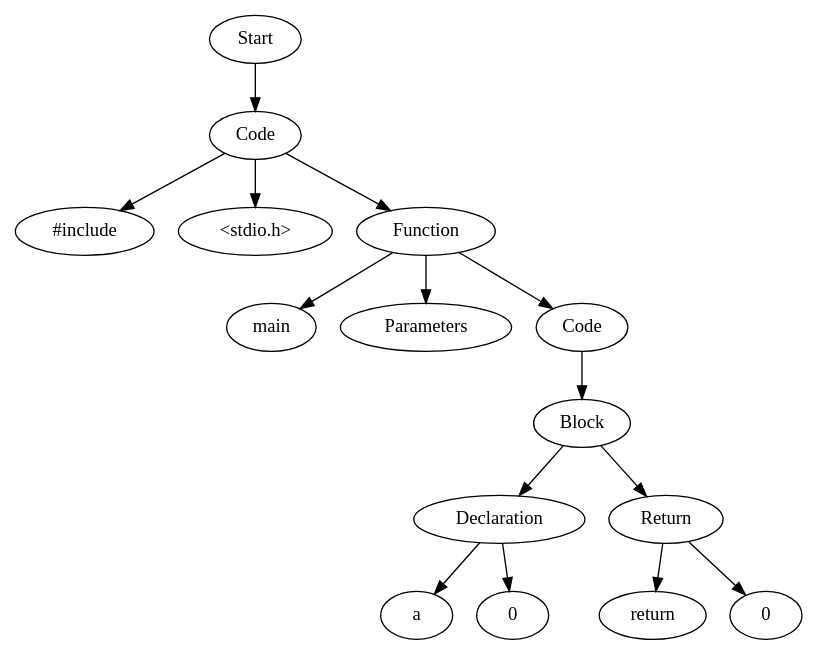
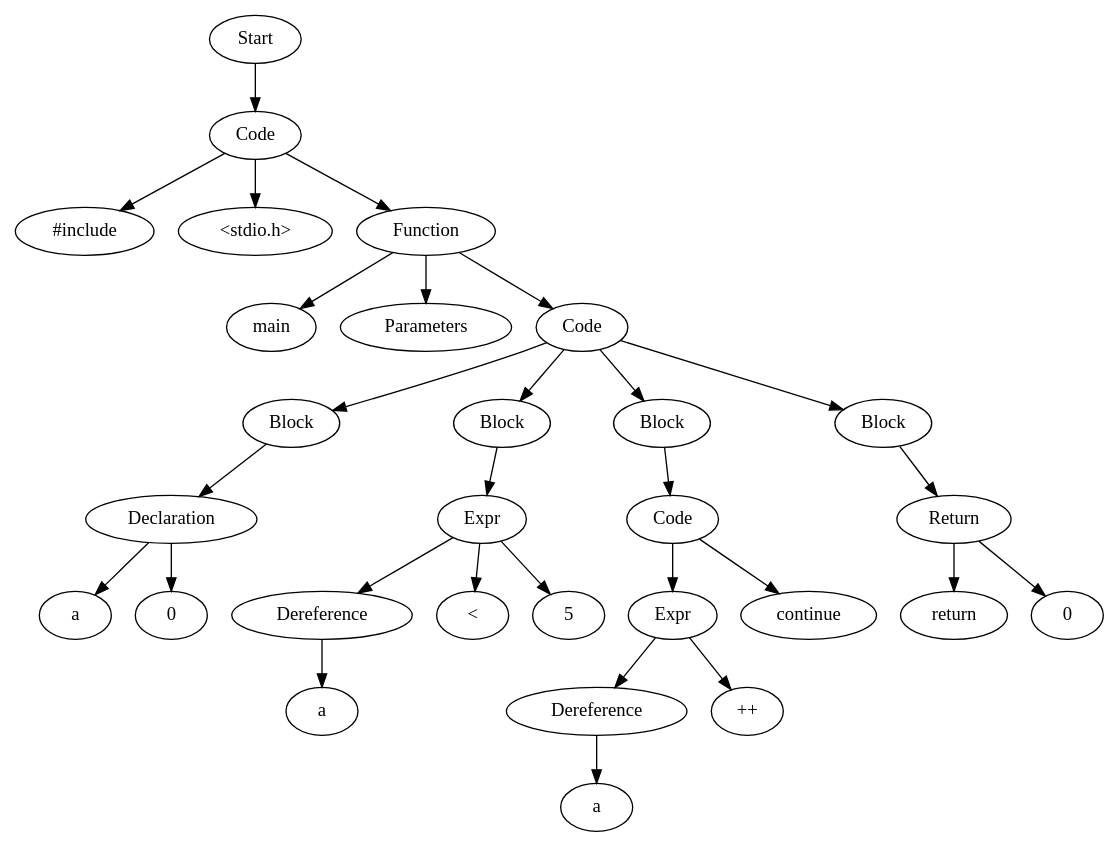
Before and after one commit to Are-you-listening/Compilers: the diagram in TestCases/ASTTests/DeadCodeRemoveTests/CreateTests/read_file_after.dot, drawn with Graphviz. The commit also changed 88 other files, not shown here.

```diff
--- a/TestCases/ASTTests/DeadCodeRemoveTests/CreateTests/read_file_after.dot
+++ b/TestCases/ASTTests/DeadCodeRemoveTests/CreateTests/read_file_after.dot
@@ -1,31 +1,59 @@
 digraph AST {
-  "128413390843536" [label="Start"];
-  "128413390843536" -> "128413391072768";
-  "128413391072768" [label="Code"];
-  "128413391072768" -> "128413391073200";
-  "128413391072768" -> "128413391063024";
-  "128413391072768" -> "128413391062640";
-  "128413391073200" [label="#include"];
-  "128413391063024" [label="<stdio.h>"];
-  "128413391062640" [label="Function"];
-  "128413391062640" -> "128413391072912";
-  "128413391062640" -> "128413391072576";
-  "128413391062640" -> "128413391072672";
-  "128413391072912" [label="main"];
-  "128413391072576" [label="Parameters"];
-  "128413391072672" [label="Code"];
-  "128413391072672" -> "128413391072624";
-  "128413391072624" [label="Block"];
-  "128413391072624" -> "128413391072192";
-  "128413391072624" -> "128413391067968";
-  "128413391072192" [label="Declaration"];
-  "128413391072192" -> "128413391066288";
-  "128413391072192" -> "128413391073776";
-  "128413391066288" [label="a"];
-  "128413391073776" [label="0"];
-  "128413391067968" [label="Return"];
-  "128413391067968" -> "128413391062304";
-  "128413391067968" -> "128413391073248";
-  "128413391062304" [label="return"];
-  "128413391073248" [label="0"];
+  "124269171247136" [label="Start"];
+  "124269171247136" -> "124269169338416";
+  "124269169338416" [label="Code"];
+  "124269169338416" -> "124269169336304";
+  "124269169338416" -> "124269169337216";
+  "124269169338416" -> "124269169337264";
+  "124269169336304" [label="#include"];
+  "124269169337216" [label="<stdio.h>"];
+  "124269169337264" [label="Function"];
+  "124269169337264" -> "124269169335632";
+  "124269169337264" -> "124269169336208";
+  "124269169337264" -> "124269169336256";
+  "124269169335632" [label="main"];
+  "124269169336208" [label="Parameters"];
+  "124269169336256" [label="Code"];
+  "124269169336256" -> "124269169335584";
+  "124269169336256" -> "124269169334576";
+  "124269169336256" -> "124269169337552";
+  "124269169336256" -> "124269169329488";
+  "124269169335584" [label="Block"];
+  "124269169335584" -> "124269169334768";
+  "124269169334768" [label="Declaration"];
+  "124269169334768" -> "124269169334864";
+  "124269169334768" -> "124269169334816";
+  "124269169334864" [label="a"];
+  "124269169334816" [label="0"];
+  "124269169334576" [label="Block"];
+  "124269169334576" -> "124269169334720";
+  "124269169334720" [label="Expr"];
+  "124269169334720" -> "124269169335728";
+  "124269169334720" -> "124269169334480";
+  "124269169334720" -> "124269169335776";
+  "124269169335728" [label="Dereference"];
+  "124269169335728" -> "124269169334528";
+  "124269169334528" [label="a"];
+  "124269169334480" [label="<"];
+  "124269169335776" [label="5"];
+  "124269169337552" [label="Block"];
+  "124269169337552" -> "124269169335488";
+  "124269169335488" [label="Code"];
+  "124269169335488" -> "124269169331504";
+  "124269169335488" -> "124269169337456";
+  "124269169331504" [label="Expr"];
+  "124269169331504" -> "124269169337504";
+  "124269169331504" -> "124269169331216";
+  "124269169337504" [label="Dereference"];
+  "124269169337504" -> "124269169332464";
+  "124269169332464" [label="a"];
+  "124269169331216" [label="++"];
+  "124269169337456" [label="continue"];
+  "124269169329488" [label="Block"];
+  "124269169329488" -> "124269169332512";
+  "124269169332512" [label="Return"];
+  "124269169332512" -> "124269169332704";
+  "124269169332512" -> "124269169332752";
+  "124269169332704" [label="return"];
+  "124269169332752" [label="0"];
 }
```
